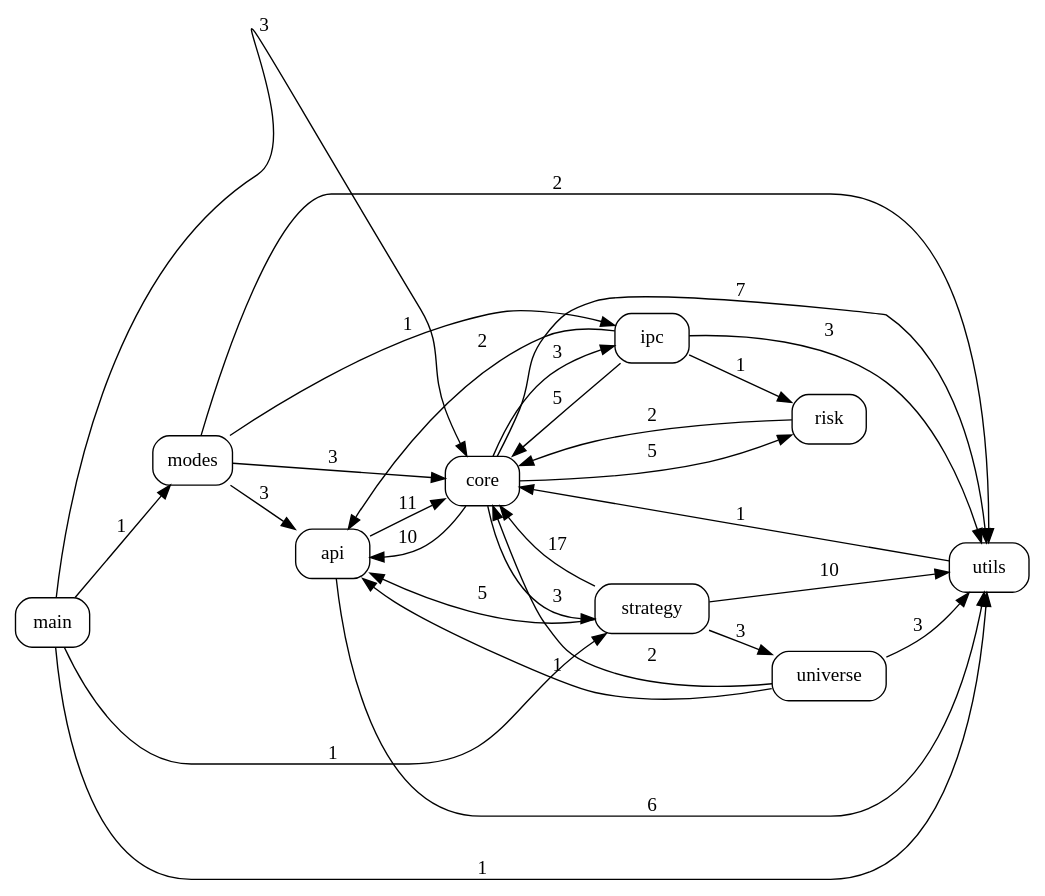
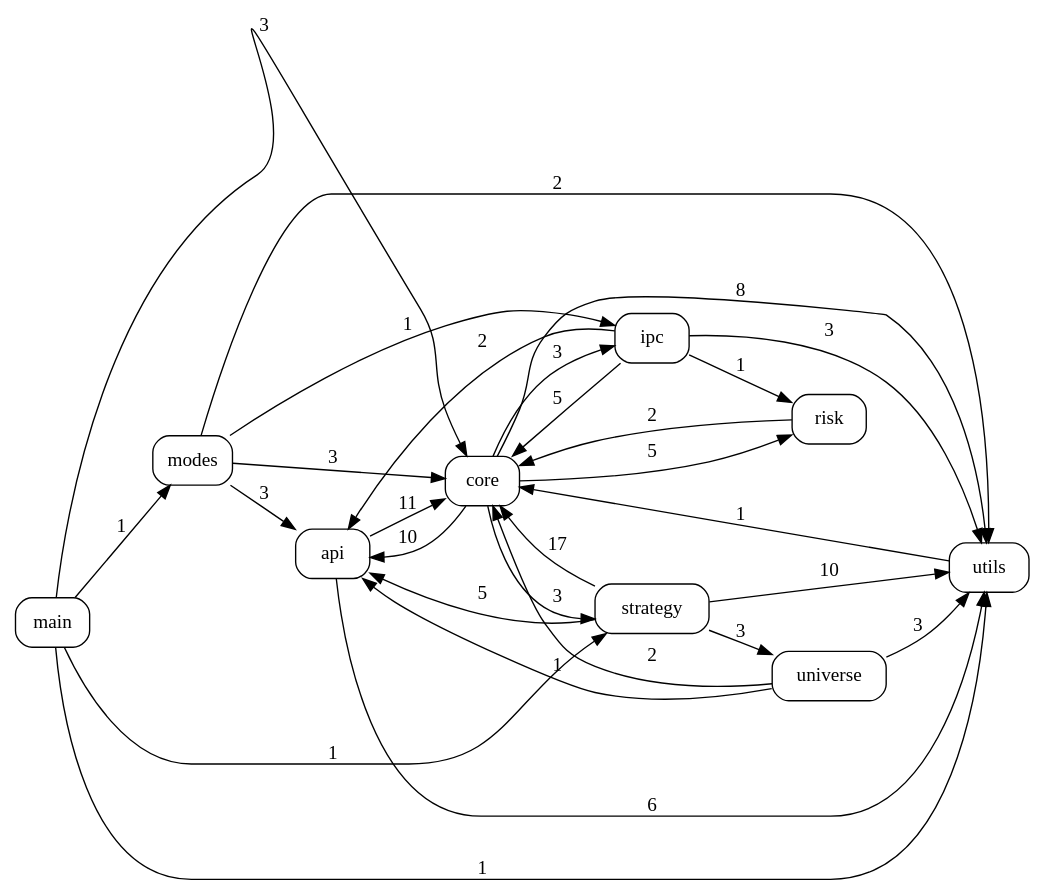
Before and after one commit to pypy8171/Quant: the diagram in docs/code_graph.dot, drawn with Graphviz. The commit also changed 11 other files, not shown here.

```diff
--- a/docs/code_graph.dot
+++ b/docs/code_graph.dot
@@ -1,41 +1,41 @@
 digraph code_graph {
   rankdir=LR;
   node [shape=box, style=rounded, fontname="Consolas"];
   "api";
   "core";
   "ipc";
   "main";
   "modes";
   "risk";
   "strategy";
   "universe";
   "utils";
   "api" -> "core" [label="11"];
   "api" -> "utils" [label="6"];
   "core" -> "api" [label="10"];
   "core" -> "ipc" [label="3"];
   "core" -> "risk" [label="5"];
   "core" -> "strategy" [label="3"];
-  "core" -> "utils" [label="7"];
+  "core" -> "utils" [label="8"];
   "ipc" -> "api" [label="2"];
   "ipc" -> "core" [label="5"];
   "ipc" -> "risk" [label="1"];
   "ipc" -> "utils" [label="3"];
   "main" -> "core" [label="3"];
   "main" -> "modes" [label="1"];
   "main" -> "strategy" [label="1"];
   "main" -> "utils" [label="1"];
   "modes" -> "api" [label="3"];
   "modes" -> "core" [label="3"];
   "modes" -> "ipc" [label="1"];
   "modes" -> "utils" [label="2"];
   "risk" -> "core" [label="2"];
   "strategy" -> "api" [label="5"];
   "strategy" -> "core" [label="17"];
   "strategy" -> "universe" [label="3"];
   "strategy" -> "utils" [label="10"];
   "universe" -> "api" [label="1"];
   "universe" -> "core" [label="2"];
   "universe" -> "utils" [label="3"];
   "utils" -> "core" [label="1"];
 }
```
